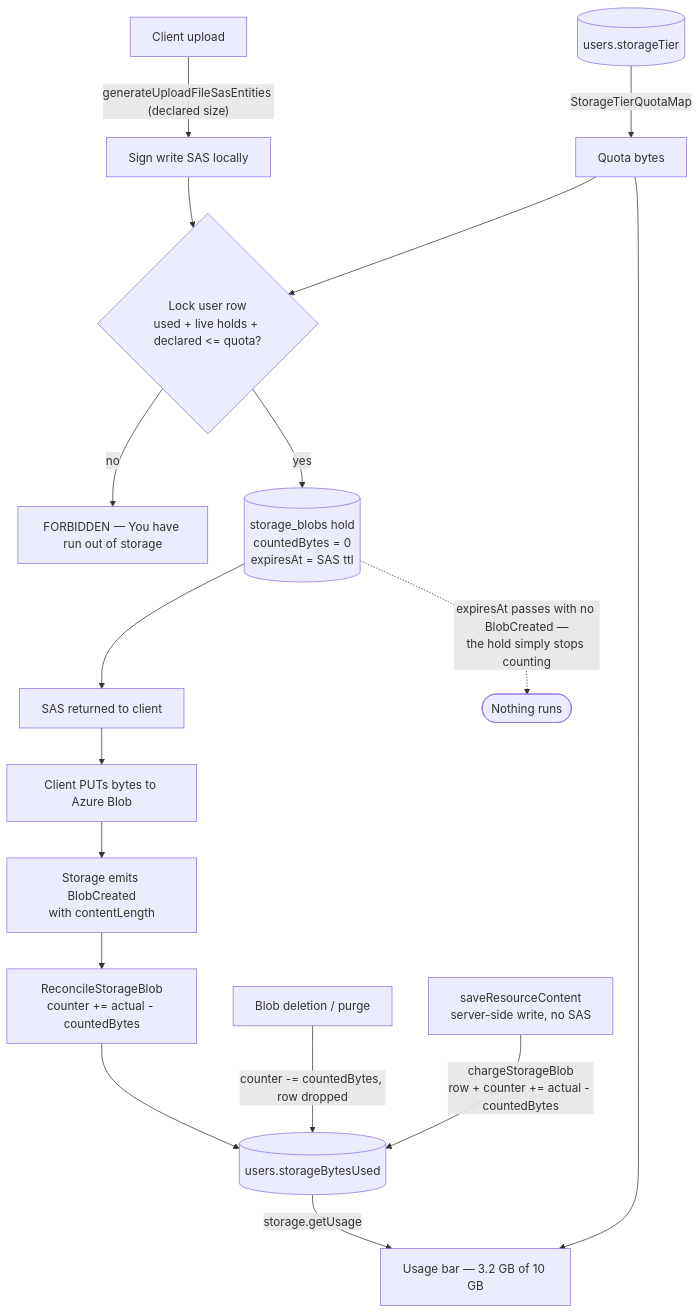
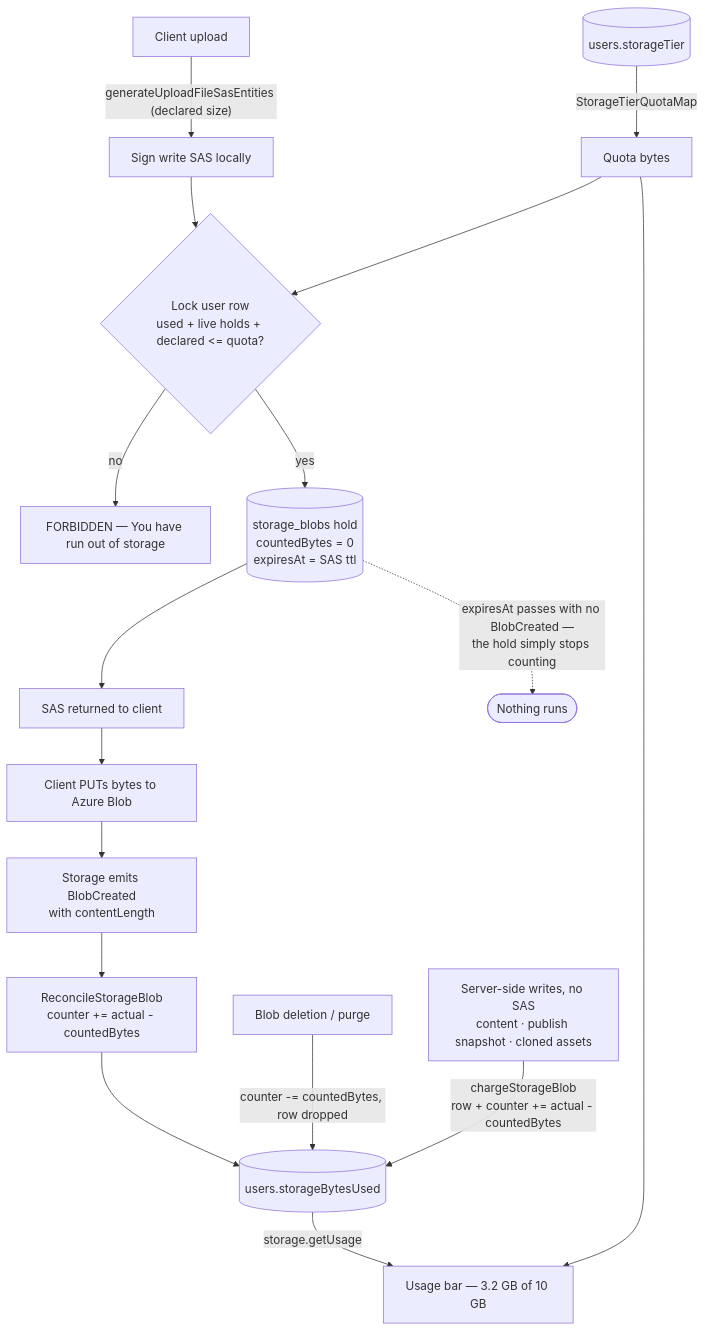
The diagram in packages/app/content/docs/platform/storage-quotas.md (Esposter/Esposter), drawn with Mermaid before and after one commit. The commit also changed other lines of this file and 5 other files, not shown here.

First line of the commit message:
feat(storage): charge publish snapshots and cloned assets to their owner

````diff
--- a/packages/app/content/docs/platform/storage-quotas.md
+++ b/packages/app/content/docs/platform/storage-quotas.md
@@ -23,19 +23,19 @@
 ```mermaid
 flowchart TD
   client[Client upload] -->|"generateUploadFileSasEntities (declared size)"| sign[Sign write SAS locally]
   sign --> reserve{"Lock user row<br/>used + live holds + declared &lt;= quota?"}
   reserve -->|no| reject["FORBIDDEN — You have run out of storage"]
   reserve -->|yes| ledger[("storage_blobs hold<br/>countedBytes = 0<br/>expiresAt = SAS ttl")]
   ledger --> respond[SAS returned to client]
   respond --> put[Client PUTs bytes to Azure Blob]
   put --> created["Storage emits BlobCreated<br/>with contentLength"]
   created --> reconcile["ReconcileStorageBlob<br/>counter += actual - countedBytes"]
   reconcile --> counter[("users.storageBytesUsed")]
   del["Blob deletion / purge"] -->|"counter -= countedBytes, row dropped"| counter
-  save["saveResourceContent<br/>server-side write, no SAS"] -->|"chargeStorageBlob<br/>row + counter += actual - countedBytes"| counter
+  save["Server-side writes, no SAS<br/>content · publish snapshot · cloned assets"] -->|"chargeStorageBlob<br/>row + counter += actual - countedBytes"| counter
   ledger -.->|"expiresAt passes with no BlobCreated —<br/>the hold simply stops counting"| gone(["Nothing runs"])
   counter -->|storage.getUsage| ui["Usage bar — 3.2 GB of 10 GB"]
   tier[("users.storageTier")] -->|StorageTierQuotaMap| quota[Quota bytes]
   quota --> reserve
   quota --> ui
 ```
````
